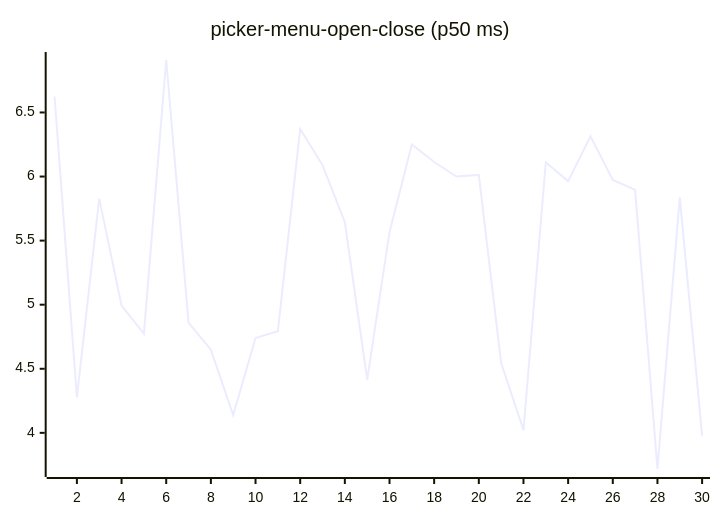
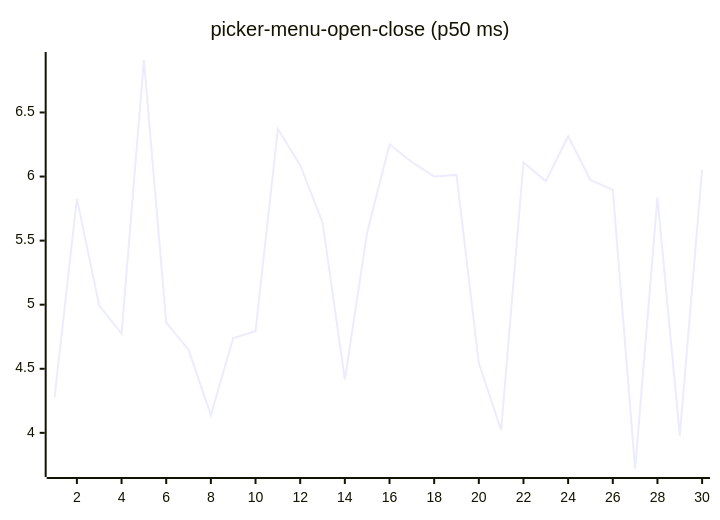
One commit to josha/Facet changed diagram 16 of 27 in README.md. Above: the diagram before and after it, drawn with Mermaid. The commit also changed other lines of this file and 2 other files, not shown here.

````diff
--- a/README.md
+++ b/README.md
@@ -168,6 +168,6 @@
 ```mermaid
 xychart-beta
     title "picker-menu-open-close (p50 ms)"
     x-axis 1 --> 30
-    line [6.6249, 4.2762, 5.8275, 4.9929, 4.7749, 6.9094, 4.8605, 4.6493, 4.1383, 4.7397, 4.7934, 6.3713, 6.0885, 5.6440, 4.4145, 5.5656, 6.2500, 6.1133, 6.0006, 6.0128, 4.5439, 4.0216, 6.1100, 5.9646, 6.3137, 5.9733, 5.8960, 3.7179, 5.8378, 3.9788]
+    line [4.2762, 5.8275, 4.9929, 4.7749, 6.9094, 4.8605, 4.6493, 4.1383, 4.7397, 4.7934, 6.3713, 6.0885, 5.6440, 4.4145, 5.5656, 6.2500, 6.1133, 6.0006, 6.0128, 4.5439, 4.0216, 6.1100, 5.9646, 6.3137, 5.9733, 5.8960, 3.7179, 5.8378, 3.9788, 6.0543]
 ```
````
